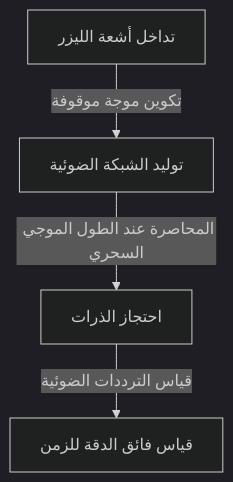
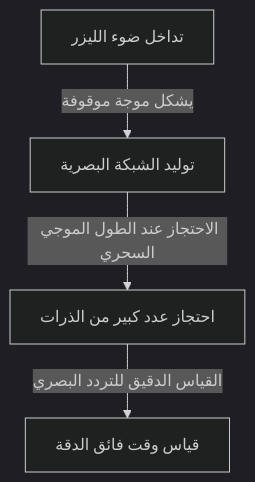
The third of 3 diagrams in content/post/history-of-timekeeping-technology/index.ar.md (kenjinote/blog), drawn with Mermaid (dark theme) before and after one commit. The commit also changed other lines of this file and 129 other files, not shown here.

````diff
--- a/content/post/history-of-timekeeping-technology/index.ar.md
+++ b/content/post/history-of-timekeeping-technology/index.ar.md
@@ -67,6 +85,6 @@
 ```mermaid
 graph TD
-    A["تداخل أشعة الليزر"] -- "تكوين موجة موقوفة" --> B["توليد الشبكة الضوئية"]
-    B -- "المحاصرة عند الطول الموجي السحري" --> C["احتجاز الذرات"]
-    C -- "قياس الترددات الضوئية" --> D["قياس فائق الدقة للزمن"]
+    A["تداخل ضوء الليزر"] -- "يشكل موجة موقوفة" --> B["توليد الشبكة البصرية"]
+    B -- "الاحتجاز عند الطول الموجي السحري" --> C["احتجاز عدد كبير من الذرات"]
+    C -- "القياس الدقيق للتردد البصري" --> D["قياس وقت فائق الدقة"]
 ```
````
